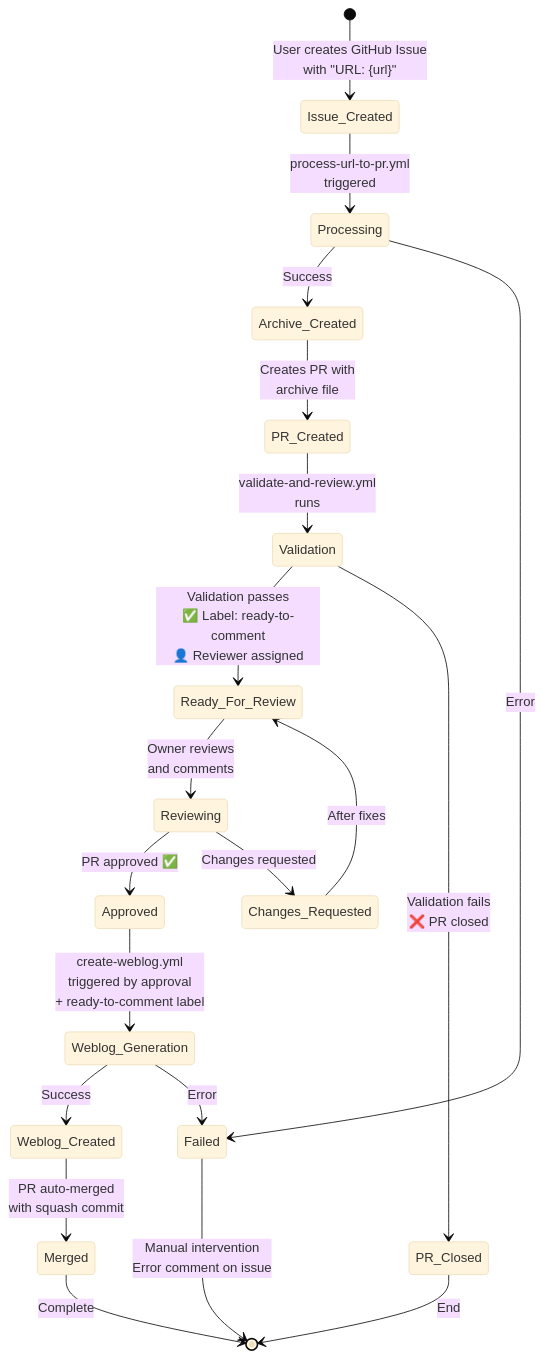
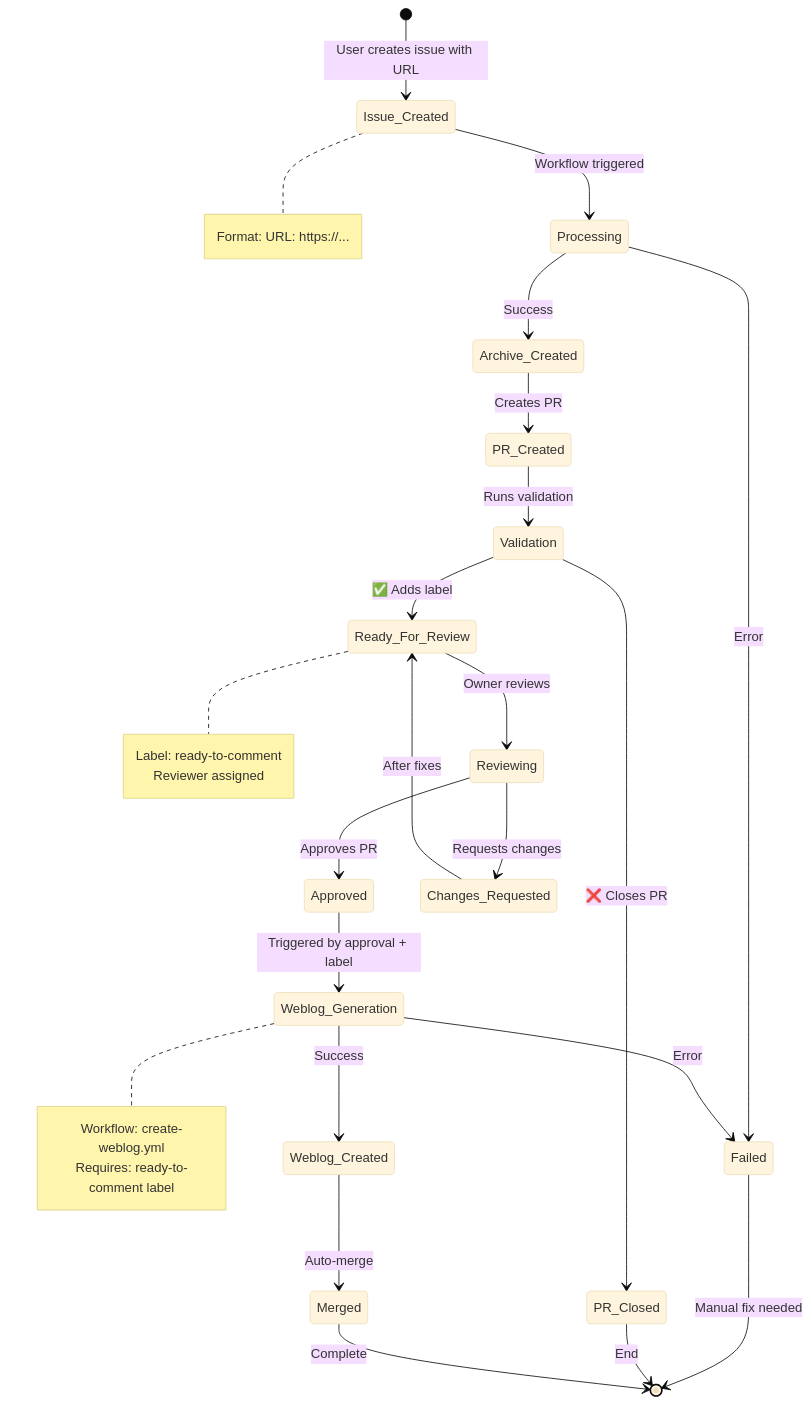
One commit to mbrg/link-archive changed the diagram in STATE_MACHINE.md. Above: the diagram before and after it, drawn with Mermaid (base theme).

Commit message:
Fix Mermaid syntax errors in state diagram
- Remove unsupported HTML tags from state transitions
- Use notes instead for additional context
- Simplify transition labels for better rendering

````diff
--- a/STATE_MACHINE.md
+++ b/STATE_MACHINE.md
@@ -9,29 +9,43 @@
 ```mermaid
 stateDiagram-v2
-    [*] --> Issue_Created: User creates GitHub Issue<br/>with "URL: {url}"
+    [*] --> Issue_Created: User creates issue with URL
     
-    Issue_Created --> Processing: process-url-to-pr.yml<br/>triggered
+    Issue_Created --> Processing: Workflow triggered
     Processing --> Archive_Created: Success
     Processing --> Failed: Error
     
-    Archive_Created --> PR_Created: Creates PR with<br/>archive file
-    PR_Created --> Validation: validate-and-review.yml<br/>runs
+    Archive_Created --> PR_Created: Creates PR
+    PR_Created --> Validation: Runs validation
     
-    Validation --> Ready_For_Review: Validation passes<br/>✅ Label: ready-to-comment<br/>👤 Reviewer assigned
-    Validation --> PR_Closed: Validation fails<br/>❌ PR closed
+    Validation --> Ready_For_Review: ✅ Adds label
+    Validation --> PR_Closed: ❌ Closes PR
     
-    Ready_For_Review --> Reviewing: Owner reviews<br/>and comments
-    Reviewing --> Approved: PR approved ✅
-    Reviewing --> Changes_Requested: Changes requested
+    Ready_For_Review --> Reviewing: Owner reviews
+    Reviewing --> Approved: Approves PR
+    Reviewing --> Changes_Requested: Requests changes
     
-    Approved --> Weblog_Generation: create-weblog.yml<br/>triggered by approval<br/>+ ready-to-comment label
+    Approved --> Weblog_Generation: Triggered by approval + label
     Weblog_Generation --> Weblog_Created: Success
     Weblog_Generation --> Failed: Error
     
-    Weblog_Created --> Merged: PR auto-merged<br/>with squash commit
+    Weblog_Created --> Merged: Auto-merge
     
-    Failed --> [*]: Manual intervention<br/>Error comment on issue
+    Failed --> [*]: Manual fix needed
     PR_Closed --> [*]: End
     Changes_Requested --> Ready_For_Review: After fixes
     Merged --> [*]: Complete
+
+    note right of Issue_Created
+        Format: URL: https://...
+    end note
+
+    note right of Ready_For_Review
+        Label: ready-to-comment
+        Reviewer assigned
+    end note
+
+    note right of Weblog_Generation
+        Workflow: create-weblog.yml
+        Requires: ready-to-comment label
+    end note
 ```
````
